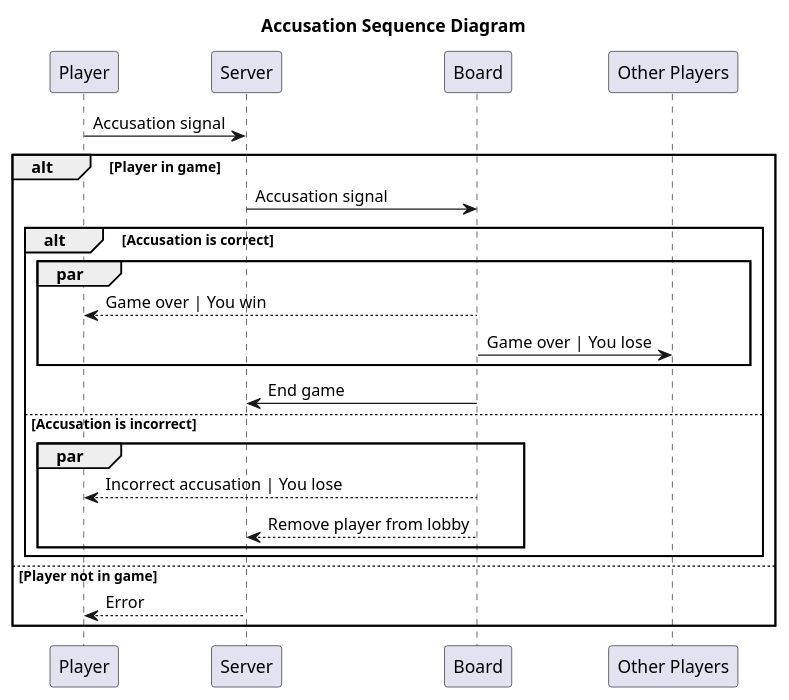
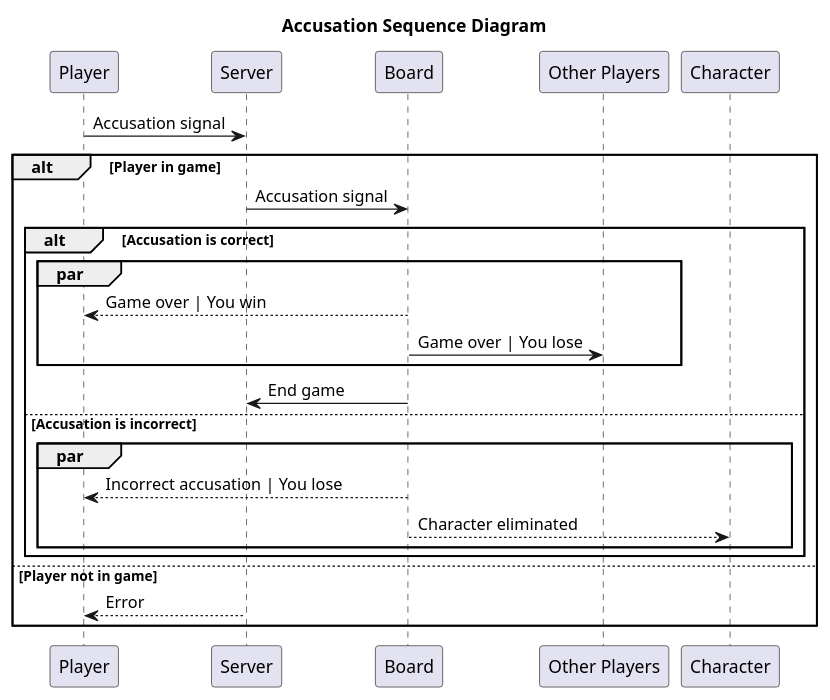
One commit to jedge3/Clueless changed the diagram in diagrams/accusation.plantuml. Above: the diagram before and after it, drawn with PlantUML.

Commit message:
Eliminated flag accusation diagram

```diff
--- a/diagrams/accusation.plantuml
+++ b/diagrams/accusation.plantuml
@@ -1,21 +1,21 @@
 @startuml Sequence Diagram
 title Accusation Sequence Diagram
 Player -> Server: Accusation signal
 alt Player in game
     Server -> Board: Accusation signal
     alt Accusation is correct
         par
             Board --> Player: Game over | You win
             Board -> "Other Players": Game over | You lose
         end
             Board -> Server: End game
     else Accusation is incorrect
         par
             Board --> Player: Incorrect accusation | You lose
-            Board --> Server: Remove player from lobby
+            Board --> Character: Character eliminated
         end
     end
 else Player not in game
     Server --> Player: Error
 end
 @enduml
```
